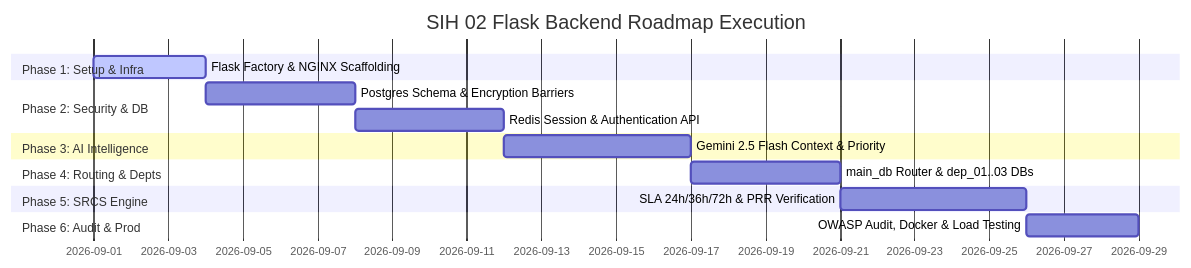
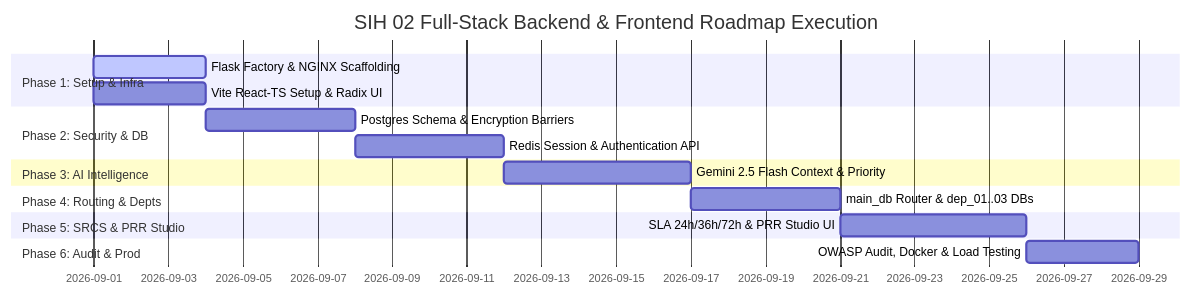
The second of 2 diagrams in docs/Phases.md (CSMU-CodeSync/SIH_02-), drawn with Mermaid before and after one commit. The commit also changed other lines of this file and 10 other files, not shown here.

Commit message:
docs: integrate fullstack frontend planning and master architecture across all documentation files

````diff
--- a/docs/Phases.md
+++ b/docs/Phases.md
@@ -57,18 +69,19 @@
 ```mermaid
 gantt
-    title SIH 02 Flask Backend Roadmap Execution
+    title SIH 02 Full-Stack Backend & Frontend Roadmap Execution
     dateFormat  YYYY-MM-DD
     section Phase 1: Setup & Infra
-    Flask Factory & NGINX Scaffolding   :active, p1, 2026-09-01, 3d
+    Flask Factory & NGINX Scaffolding   :active, p1a, 2026-09-01, 3d
+    Vite React-TS Setup & Radix UI      :p1b, 2026-09-01, 3d
     section Phase 2: Security & DB
-    Postgres Schema & Encryption Barriers: p2a, after p1, 4d
+    Postgres Schema & Encryption Barriers: p2a, after p1a, 4d
     Redis Session & Authentication API   : p2b, after p2a, 4d
     section Phase 3: AI Intelligence
     Gemini 2.5 Flash Context & Priority : p3, after p2b, 5d
     section Phase 4: Routing & Depts
     main_db Router & dep_01..03 DBs     : p4, after p3, 4d
-    section Phase 5: SRCS Engine
-    SLA 24h/36h/72h & PRR Verification  : p5, after p4, 5d
+    section Phase 5: SRCS & PRR Studio
+    SLA 24h/36h/72h & PRR Studio UI     : p5, after p4, 5d
     section Phase 6: Audit & Prod
     OWASP Audit, Docker & Load Testing   : p6, after p5, 3d
 ```
````
